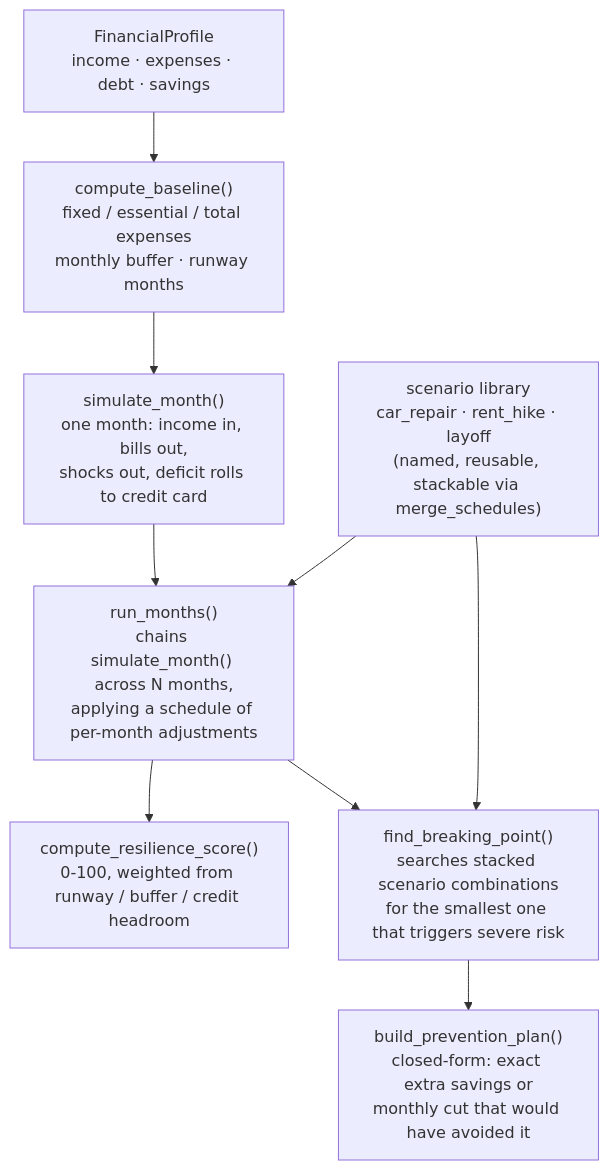
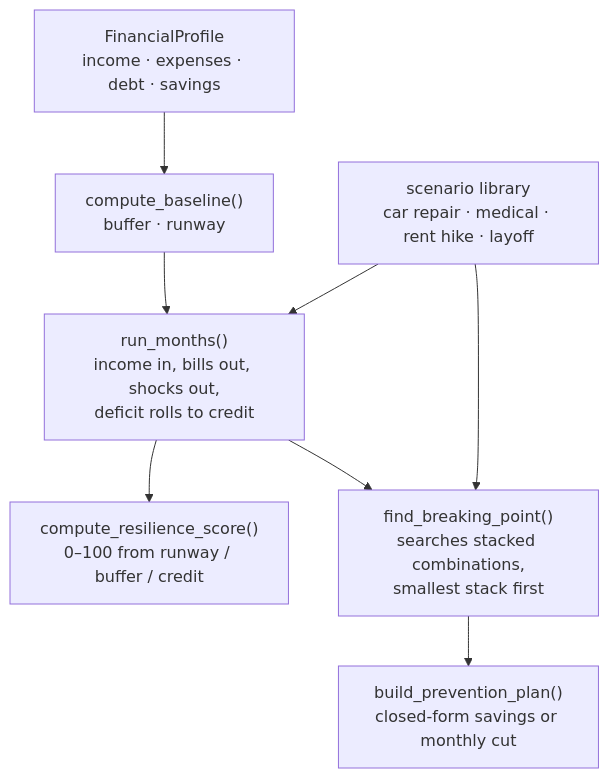
One commit to gangisettyrushil10/Breakpoint changed the third of 3 diagrams in README.md. Above: the diagram before and after it, drawn with Mermaid. The commit also changed other lines of this file and 75 other files, not shown here.

````diff
--- a/README.md
+++ b/README.md
@@ -73,19 +210,15 @@
 ```mermaid
 flowchart TD
-    Profile["FinancialProfile\nincome · expenses · debt · savings"]
-    Baseline["compute_baseline()\nfixed / essential / total expenses\nmonthly buffer · runway months"]
-    Monthly["simulate_month()\none month: income in, bills out,\nshocks out, deficit rolls to credit card"]
-    Runner["run_months()\nchains simulate_month() across N months,\napplying a schedule of per-month adjustments"]
-    Scenarios["scenario library\ncar_repair · rent_hike · layoff\n(named, reusable, stackable via merge_schedules)"]
-    Score["compute_resilience_score()\n0-100, weighted from runway / buffer / credit headroom"]
-    Breaking["find_breaking_point()\nsearches stacked scenario combinations\nfor the smallest one that triggers severe risk"]
-    Prevention["build_prevention_plan()\nclosed-form: exact extra savings or\nmonthly cut that would have avoided it"]
+    Profile["FinancialProfile<br/>income · expenses · debt · savings"]
+    Baseline["compute_baseline()<br/>buffer · runway"]
+    Runner["run_months()<br/>income in, bills out, shocks out,<br/>deficit rolls to credit"]
+    Scenarios["scenario library<br/>car repair · medical · rent hike · layoff"]
+    Score["compute_resilience_score()<br/>0–100 from runway / buffer / credit"]
+    Breaking["find_breaking_point()<br/>searches stacked combinations,<br/>smallest stack first"]
+    Prevention["build_prevention_plan()<br/>closed-form savings or monthly cut"]
 
-    Profile --> Baseline --> Monthly
-    Monthly --> Runner
-    Scenarios --> Runner
-    Runner --> Score
+    Profile --> Baseline --> Runner
+    Scenarios --> Runner --> Score
     Runner --> Breaking
-    Scenarios --> Breaking
-    Breaking --> Prevention
+    Scenarios --> Breaking --> Prevention
 ```
````
